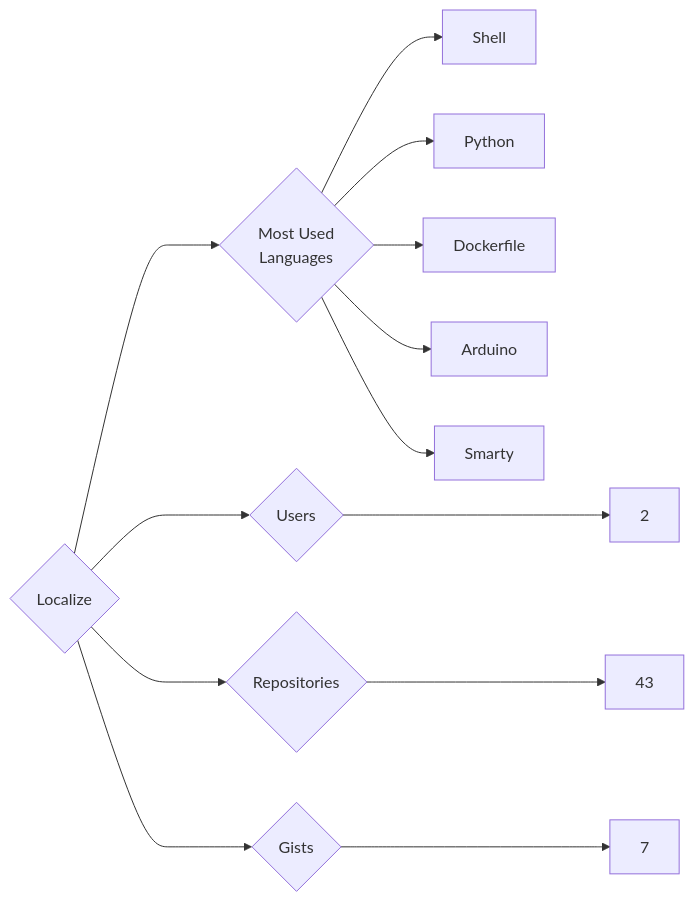
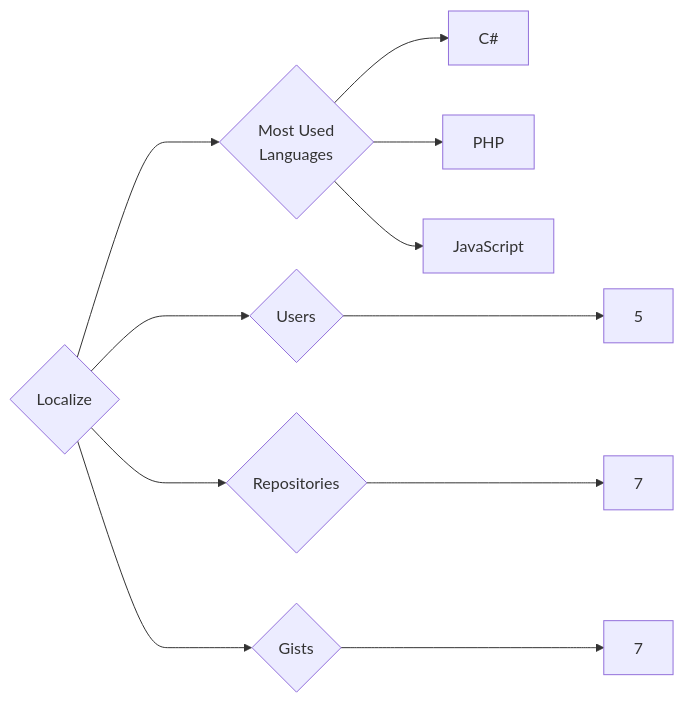
The diagram in targets/Localize/README.md (trickest/insiders), drawn with Mermaid before and after one commit. The commit also changed 809 other files, not shown here.

````diff
--- a/targets/Localize/README.md
+++ b/targets/Localize/README.md
@@ -3,13 +3,11 @@
 ```mermaid
 graph LR
 COMPANY_NAME{Localize}
-COMPANY_NAME ---> U{Users} ---> UN[2]
-COMPANY_NAME ---> R{Repositories} ---> RN[43]
+COMPANY_NAME ---> U{Users} ---> UN[5]
+COMPANY_NAME ---> R{Repositories} ---> RN[7]
 COMPANY_NAME ---> G{Gists} ---> GN[7]
 COMPANY_NAME ---> ML{Most Used<br>Languages}
-ML --> Shell[Shell]
-ML --> Python[Python]
-ML --> Dockerfile[Dockerfile]
-ML --> Arduino[Arduino]
-ML --> Smarty[Smarty]
+ML --> C#[C#]
+ML --> PHP[PHP]
+ML --> JavaScript[JavaScript]
 ```
````
